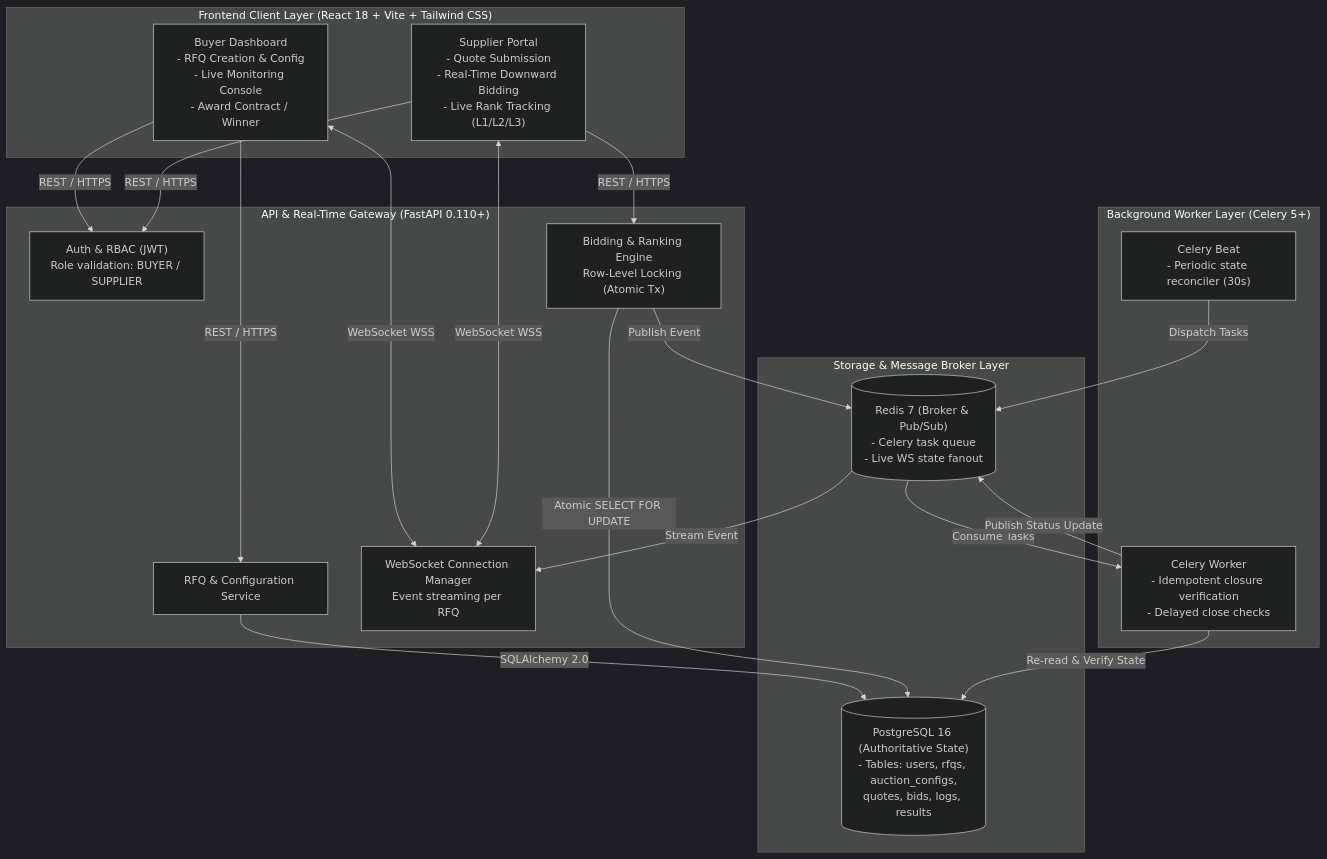
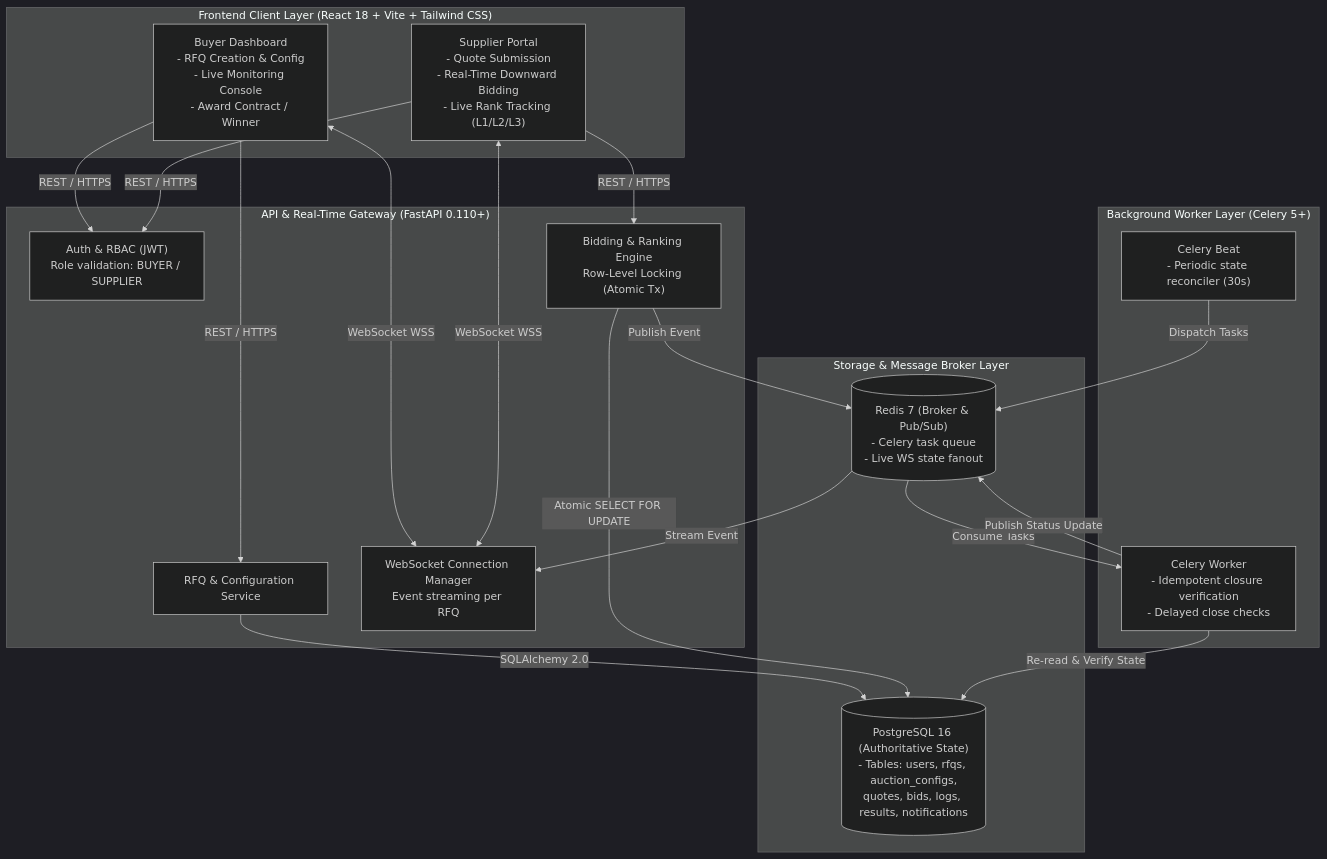
The diagram in docs/HLD.md (SathyaReddy515/british-auction-rfq-system), drawn with Mermaid (dark theme) before and after one commit. The commit also changed 49 other files, not shown here.

````diff
--- a/docs/HLD.md
+++ b/docs/HLD.md
@@ -13,42 +13,42 @@
 ```mermaid
 flowchart TD
     subgraph Client_Layer["Frontend Client Layer (React 18 + Vite + Tailwind CSS)"]
         BuyerPortal["Buyer Dashboard\n- RFQ Creation & Config\n- Live Monitoring Console\n- Award Contract / Winner"]
         SupplierPortal["Supplier Portal\n- Quote Submission\n- Real-Time Downward Bidding\n- Live Rank Tracking (L1/L2/L3)"]
     end
 
     subgraph API_Gateway["API & Real-Time Gateway (FastAPI 0.110+)"]
         AuthModule["Auth & RBAC (JWT)\nRole validation: BUYER / SUPPLIER"]
         RFQService["RFQ & Configuration Service"]
         BiddingEngine["Bidding & Ranking Engine\nRow-Level Locking (Atomic Tx)"]
         WSHub["WebSocket Connection Manager\nEvent streaming per RFQ"]
     end
 
     subgraph Persistence_Layer["Storage & Message Broker Layer"]
-        PostgresDB[("PostgreSQL 16 (Authoritative State)\n- Tables: users, rfqs, auction_configs,\nquotes, bids, logs, results")]
+        PostgresDB[("PostgreSQL 16 (Authoritative State)\n- Tables: users, rfqs, auction_configs,\nquotes, bids, logs, results, notifications")]
         RedisBroker[("Redis 7 (Broker & Pub/Sub)\n- Celery task queue\n- Live WS state fanout")]
     end
 
     subgraph Background_Workers["Background Worker Layer (Celery 5+)"]
         Worker["Celery Worker\n- Idempotent closure verification\n- Delayed close checks"]
         Beat["Celery Beat\n- Periodic state reconciler (30s)"]
     end
 
     BuyerPortal -->|REST / HTTPS| AuthModule
     BuyerPortal -->|REST / HTTPS| RFQService
     BuyerPortal <-->|WebSocket WSS| WSHub
 
     SupplierPortal -->|REST / HTTPS| AuthModule
     SupplierPortal -->|REST / HTTPS| BiddingEngine
     SupplierPortal <-->|WebSocket WSS| WSHub
 
     RFQService -->|SQLAlchemy 2.0| PostgresDB
     BiddingEngine -->|Atomic SELECT FOR UPDATE| PostgresDB
     BiddingEngine -->|Publish Event| RedisBroker
     RedisBroker -->|Stream Event| WSHub
 
     Beat -->|Dispatch Tasks| RedisBroker
     RedisBroker -->|Consume Tasks| Worker
     Worker -->|Re-read & Verify State| PostgresDB
     Worker -->|Publish Status Update| RedisBroker
 ```
````
